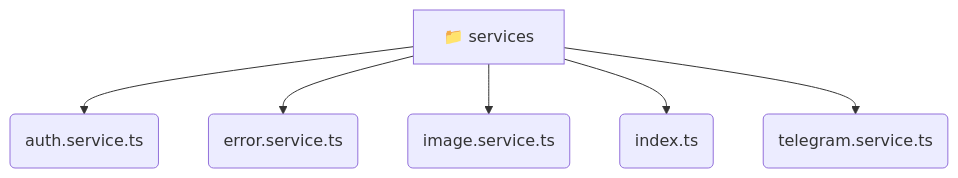
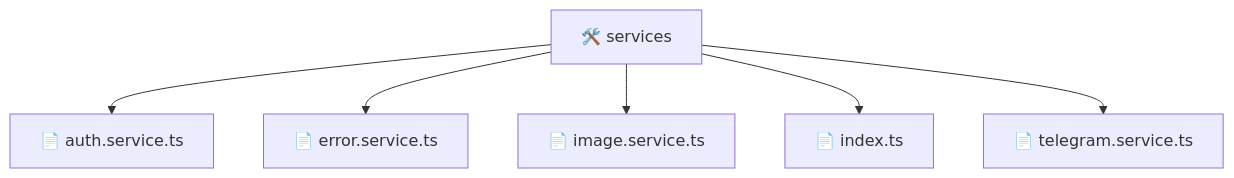
Before and after one commit to beginwebdev2002/fullstack-mavluda: the diagram in frontend/src/shared/services/README.md, drawn with Mermaid. The commit also changed other lines of this file and 163 other files, not shown here.

````diff
--- a/frontend/src/shared/services/README.md
+++ b/frontend/src/shared/services/README.md
@@ -11,9 +10,9 @@
 ```mermaid
 graph TD
-  services[📁 services]
-  services --> services_auth_service_ts(auth.service.ts)
-  services --> services_error_service_ts(error.service.ts)
-  services --> services_image_service_ts(image.service.ts)
-  services --> services_index_ts(index.ts)
-  services --> services_telegram_service_ts(telegram.service.ts)
+  Root["🛠️ services"]
+  Root --> authservicets["📄 auth.service.ts"]
+  Root --> errorservicets["📄 error.service.ts"]
+  Root --> imageservicets["📄 image.service.ts"]
+  Root --> indexts["📄 index.ts"]
+  Root --> telegramservicets["📄 telegram.service.ts"]
 ```
````
